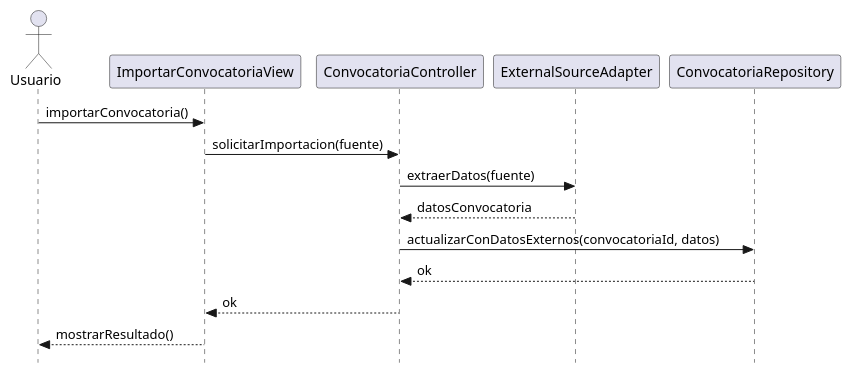
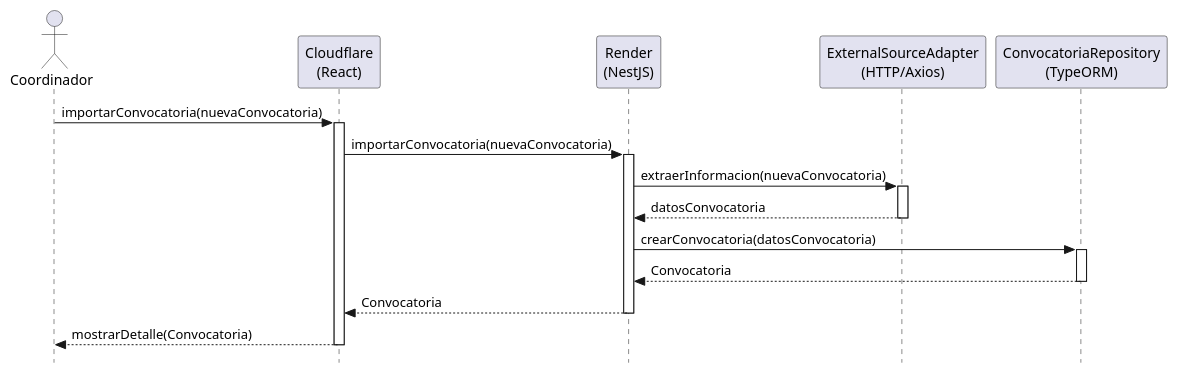
The diagram in modelosUML/diseño/casosDeUsos/importarConvocatoria/importarConvocatoria.puml (manuelmunoz8/25-26-idsw2-sdVC), drawn with PlantUML before and after one commit. The commit also changed 37 other files, not shown here.

Commit message:
fix: flujo y entidades de diagramas

```diff
--- a/modelosUML/diseño/casosDeUsos/importarConvocatoria/importarConvocatoria.puml
+++ b/modelosUML/diseño/casosDeUsos/importarConvocatoria/importarConvocatoria.puml
@@ -1,19 +1,35 @@
 @startuml importarConvocatoria
 skinparam style strictuml
-hide empty members
+skinparam backgroundColor white
+skinparam shadowing false
 
-actor Usuario
-participant "ImportarConvocatoriaView" as View
-participant "ConvocatoriaController" as Controller
-participant "ExternalSourceAdapter" as Adapter
-participant "ConvocatoriaRepository" as Repository
+actor Coordinador
+participant "Cloudflare\n(React)" as View
+participant "Render\n(NestJS)" as Controller
+participant "ExternalSourceAdapter\n(HTTP/Axios)" as Adapter
+participant "ConvocatoriaRepository\n(TypeORM)" as Repo
 
-Usuario -> View: importarConvocatoria()
-View -> Controller: solicitarImportacion(fuente)
-Controller -> Adapter: extraerDatos(fuente)
-Adapter --> Controller: datosConvocatoria
-Controller -> Repository: actualizarConDatosExternos(convocatoriaId, datos)
-Repository --> Controller: ok
-Controller --> View: ok
-View --> Usuario: mostrarResultado()
+Coordinador -> View : importarConvocatoria(nuevaConvocatoria)
+activate View
+
+View -> Controller : importarConvocatoria(nuevaConvocatoria)
+activate Controller
+
+Controller -> Adapter : extraerInformacion(nuevaConvocatoria)
+activate Adapter
+
+Adapter --> Controller : datosConvocatoria
+deactivate Adapter
+
+Controller -> Repo : crearConvocatoria(datosConvocatoria)
+activate Repo
+
+Repo --> Controller : Convocatoria
+deactivate Repo
+
+Controller --> View : Convocatoria
+deactivate Controller
+
+View --> Coordinador : mostrarDetalle(Convocatoria)
+deactivate View
 @enduml
```
